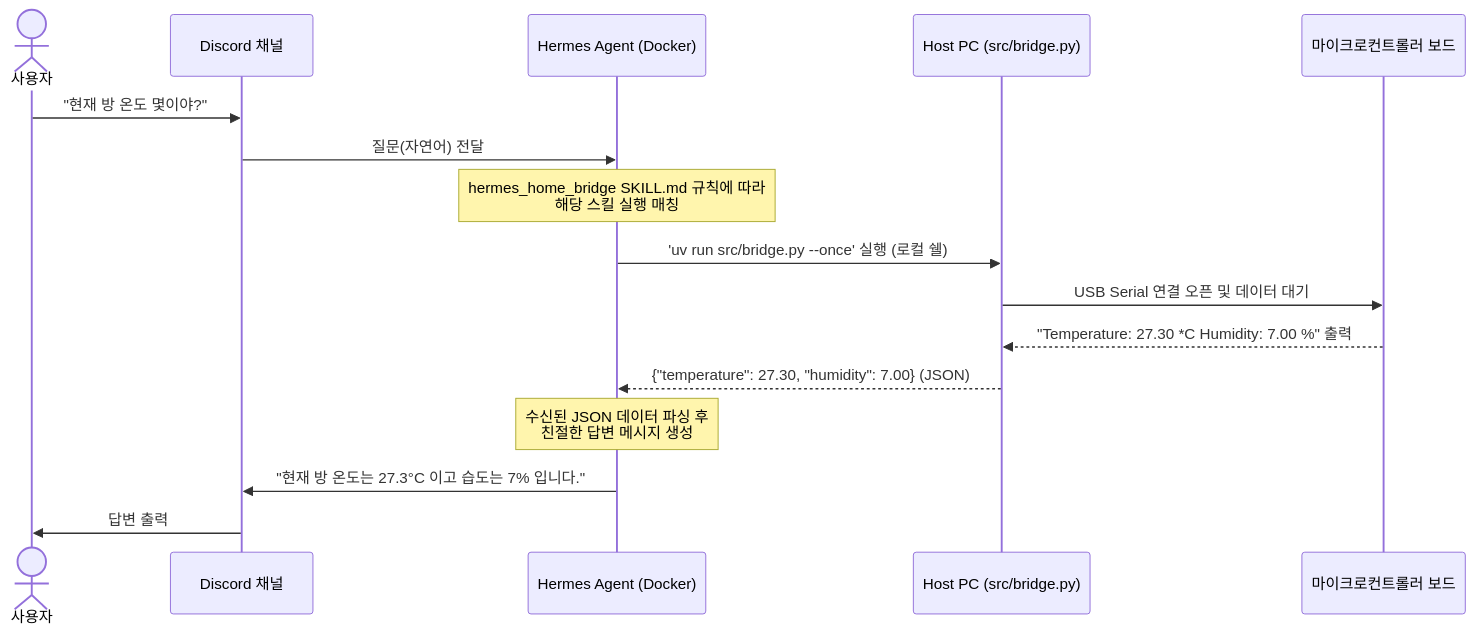
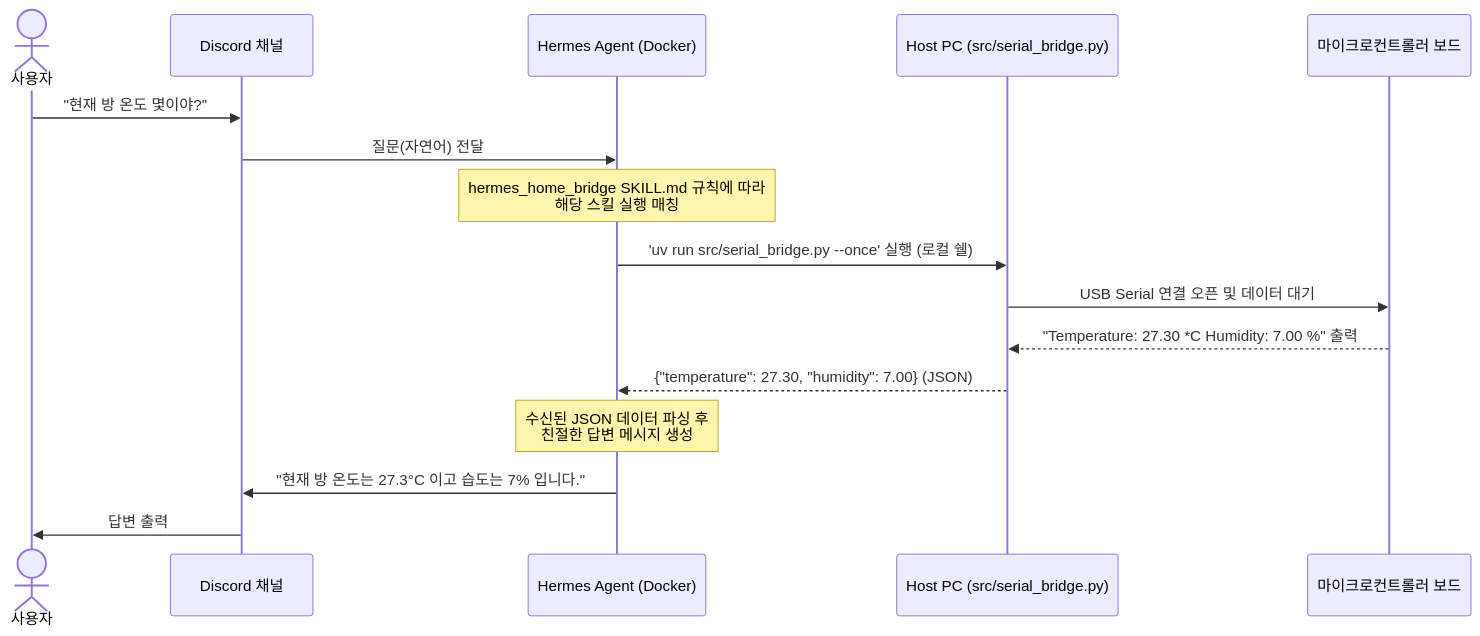
The diagram in README.ko.md (iCodePoet/hermes-home-bridge), drawn with Mermaid before and after one commit. The commit also changed other lines of this file and 2 other files, not shown here.

Commit message:
refactor: rename bridge.py to serial_bridge.py for better modularity

````diff
--- a/README.ko.md
+++ b/README.ko.md
@@ -52,19 +52,19 @@
 ```mermaid
 sequenceDiagram
     actor User as 사용자
     participant Discord as Discord 채널
     participant Hermes as Hermes Agent (Docker)
-    participant PC as Host PC (src/bridge.py)
+    participant PC as Host PC (src/serial_bridge.py)
     participant Board as 마이크로컨트롤러 보드
 
     User->>Discord: "현재 방 온도 몇이야?"
     Discord->>Hermes: 질문(자연어) 전달
     Note over Hermes: hermes_home_bridge SKILL.md 규칙에 따라<br/>해당 스킬 실행 매칭
-    Hermes->>PC: 'uv run src/bridge.py --once' 실행 (로컬 쉘)
+    Hermes->>PC: 'uv run src/serial_bridge.py --once' 실행 (로컬 쉘)
     PC->>Board: USB Serial 연결 오픈 및 데이터 대기
     Board-->>PC: "Temperature: 27.30 *C Humidity: 7.00 %" 출력
     PC-->>Hermes: {"temperature": 27.30, "humidity": 7.00} (JSON)
     Note over Hermes: 수신된 JSON 데이터 파싱 후<br/>친절한 답변 메시지 생성
     Hermes->>Discord: "현재 방 온도는 27.3°C 이고 습도는 7% 입니다."
     Discord->>User: 답변 출력
 ```
````
